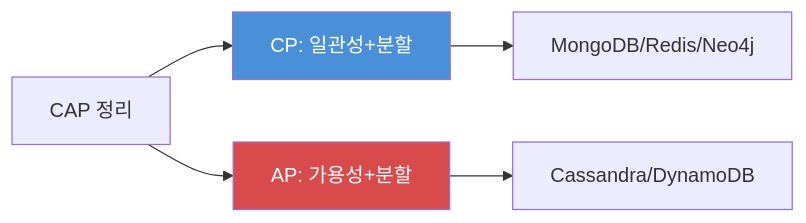
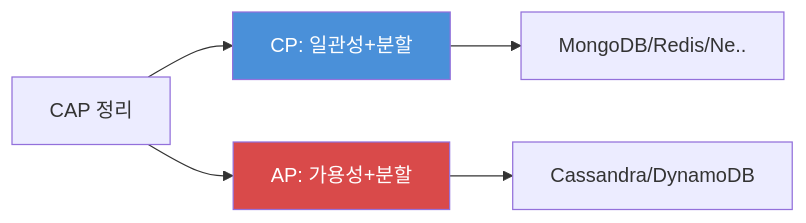
The fourth of 7 diagrams in _posts/nosql/2026-05-03-nosql-comparison.md (yjkim2015/yjkim2015.github.io), drawn with Mermaid before and after one commit. The commit also changed other lines of this file and 149 other files, not shown here.

First line of the commit message:
Mermaid 가독성 개선: 라벨 축약, 노드 축소, TD→LR 변환

````diff
--- a/_posts/nosql/2026-05-03-nosql-comparison.md
+++ b/_posts/nosql/2026-05-03-nosql-comparison.md
@@ -173,9 +172,9 @@
 ```mermaid
 graph LR
     CAP["CAP 정리"] --> CP["CP: 일관성+분할"]
     CAP --> AP["AP: 가용성+분할"]
-    CP --> C1["MongoDB/Redis/Neo4j"]
+    CP --> C1["MongoDB/Redis/Ne.."]
     AP --> C2["Cassandra/DynamoDB"]
     style CP fill:#4A90D9,color:#fff
     style AP fill:#D94A4A,color:#fff
 ```
````
